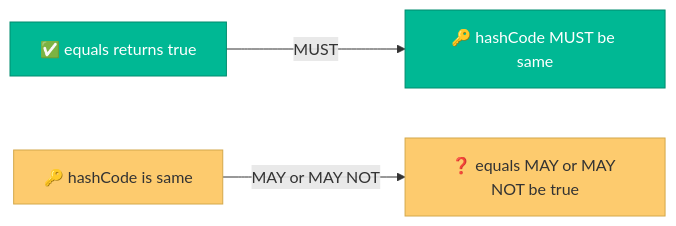
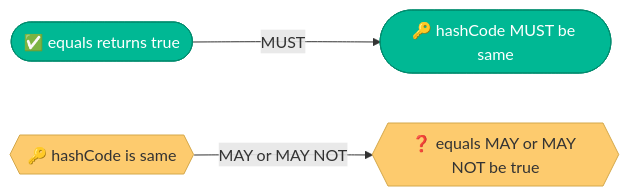
Before and after one commit to saivamsikaruturi/vamsilabs-dev-notes-main: the first of 2 diagrams in docs/java/EqualsHashCode.md, drawn with Mermaid. The commit also changed other lines of this file and 146 other files, not shown here.

Commit message:
Horizontal diagrams, UML class diagrams, typography overhaul, and permalink cleanup

````diff
--- a/docs/java/EqualsHashCode.md
+++ b/docs/java/EqualsHashCode.md
@@ -15,10 +15,10 @@
 ```mermaid
-graph LR
-    A["✅ equals returns true"] -->|MUST| B["🔑 hashCode MUST be same"]
-    C["🔑 hashCode is same"] -->|MAY or MAY NOT| D["❓ equals MAY or MAY NOT be true"]
+flowchart LR
+    A(["✅ equals returns true"]) -->|MUST| B(["🔑 hashCode MUST be same"])
+    C{{"🔑 hashCode is same"}} -->|MAY or MAY NOT| D{{"❓ equals MAY or MAY NOT be true"}}
 
     style A fill:#00b894,stroke:#008c6e,color:#fff
     style B fill:#00b894,stroke:#008c6e,color:#fff
     style C fill:#fdcb6e,stroke:#d4a84b,color:#333
     style D fill:#fdcb6e,stroke:#d4a84b,color:#333
 ```
````
